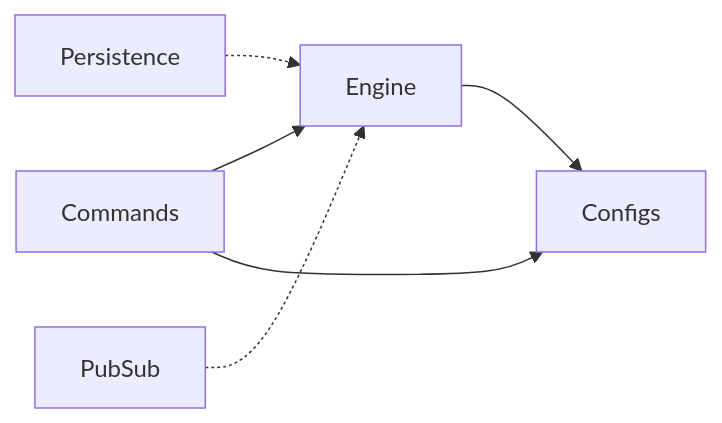
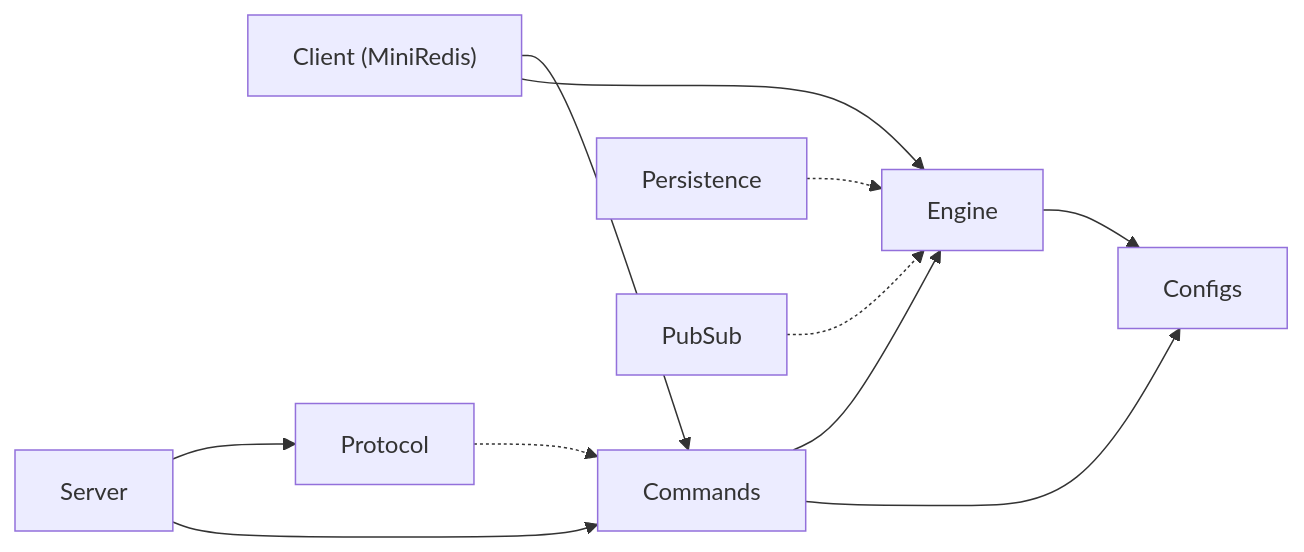
The second of 2 diagrams in docs/High-Level.md (dev3019/custom-redis), drawn with Mermaid before and after one commit. The commit also changed other lines of this file and 1 other file, not shown here.

First line of the commit message:
docs: add Phase 2 dual-mode architecture (MiniRedis, RESP, TCP)

````diff
--- a/docs/High-Level.md
+++ b/docs/High-Level.md
@@ -55,8 +100,13 @@
 ```mermaid
 flowchart LR
+    Client["Client (MiniRedis)"] --> Commands
+    Client --> Engine
     Commands --> Engine
     Engine --> Configs
     Commands --> Configs
+    Server --> Protocol
+    Server --> Commands
+    Protocol -.-> Commands
     Persistence -.-> Engine
     PubSub -.-> Engine
 ```
````
